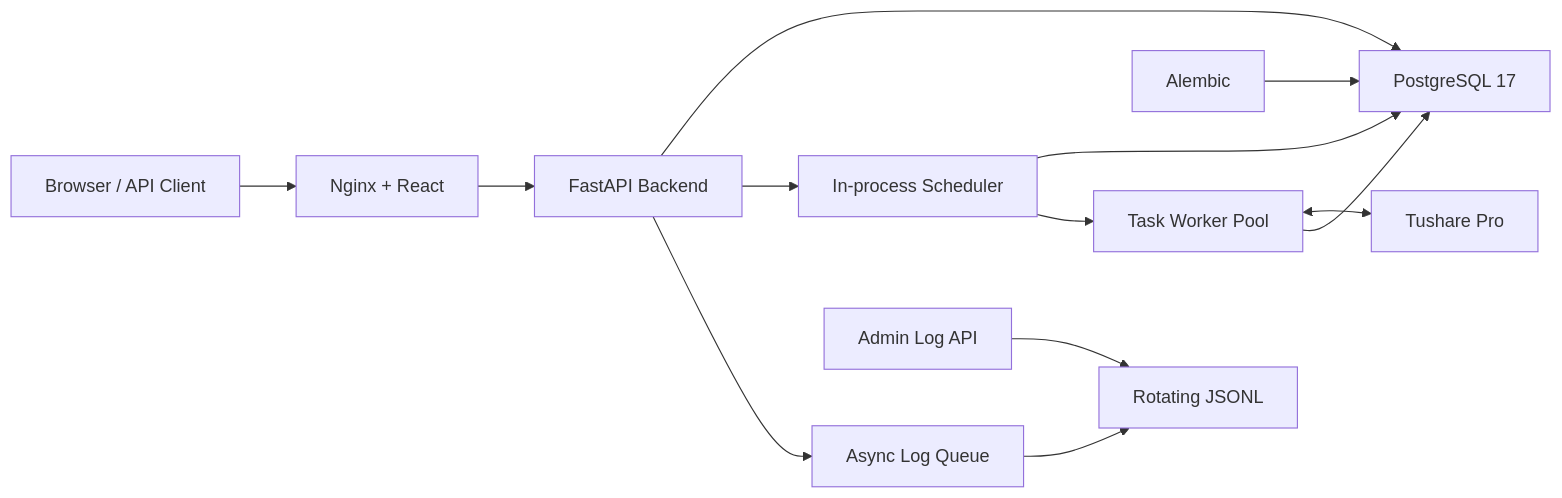
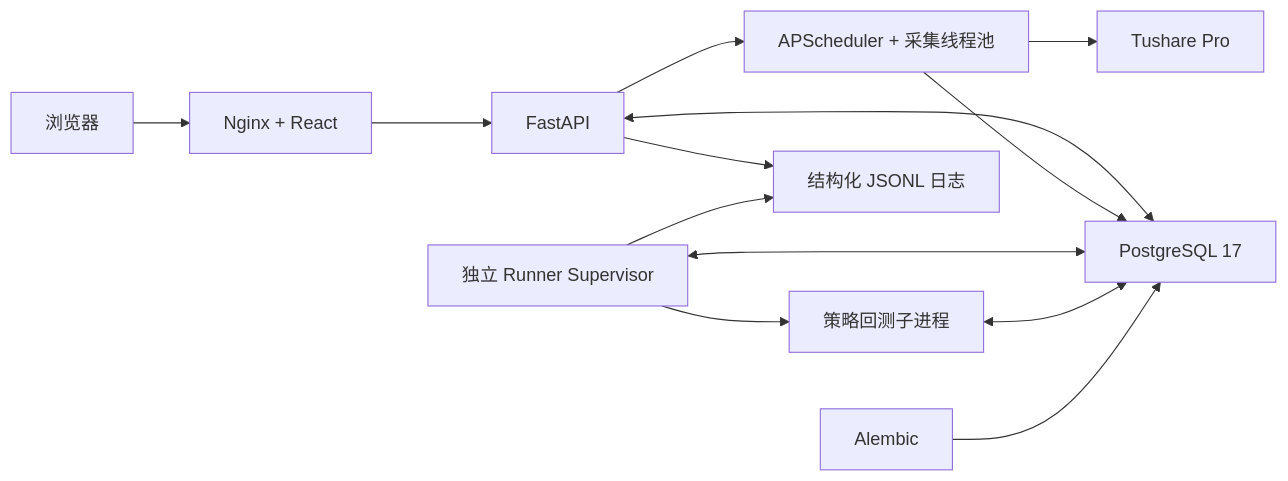
One commit to Li2Wh1te/quant-foundry changed the second of 2 diagrams in README.md. Above: the diagram before and after it, drawn with Mermaid. The commit also changed other lines of this file and 4 other files, not shown here.

````diff
--- a/README.md
+++ b/README.md
@@ -57,15 +240,15 @@
 ```mermaid
 flowchart LR
-    Browser["Browser / API Client"] --> Frontend["Nginx + React"]
-    Frontend --> Server["FastAPI Backend"]
-    Server --> Database["PostgreSQL 17"]
-    Server --> Scheduler["In-process Scheduler"]
+    Browser["浏览器"] --> Frontend["Nginx + React"]
+    Frontend --> Backend["FastAPI"]
+    Backend <--> Database["PostgreSQL 17"]
+    Backend --> Scheduler["APScheduler + 采集线程池"]
+    Scheduler --> Source["Tushare Pro"]
     Scheduler --> Database
-    Scheduler --> Workers["Task Worker Pool"]
-    Workers <--> Tushare["Tushare Pro"]
-    Workers --> Database
+    Runner["独立 Runner Supervisor"] <--> Database
+    Runner --> Worker["策略回测子进程"]
+    Worker <--> Database
+    Backend --> Logs["结构化 JSONL 日志"]
+    Runner --> Logs
     Migration["Alembic"] --> Database
-    Server --> Queue["Async Log Queue"]
-    Queue --> Files["Rotating JSONL"]
-    Admin["Admin Log API"] --> Files
 ```
````
